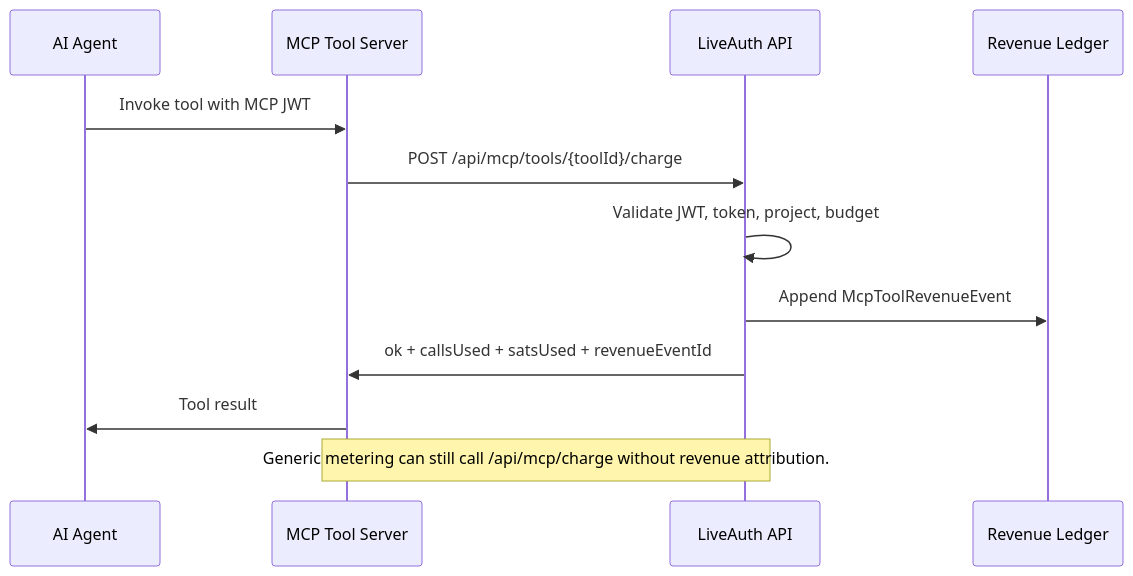
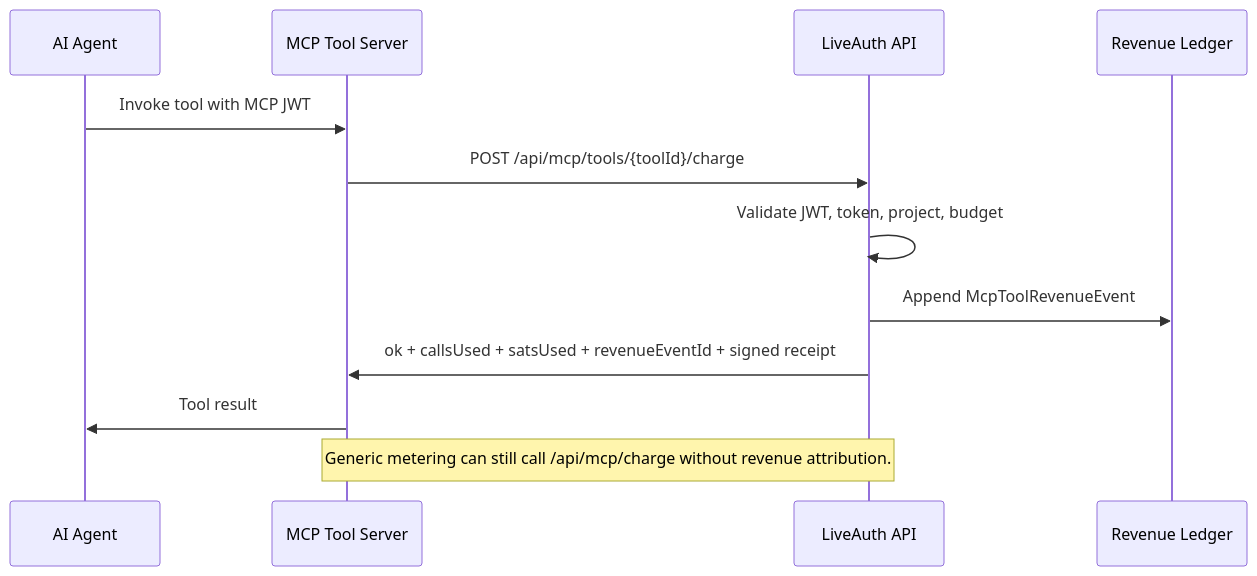
The second of 4 diagrams in docs/diagrams/auth-flows.md (dulzuradev/liveauth-mcp), drawn with Mermaid before and after one commit. The commit also changed 11 other files, not shown here.

Commit message:
Add signed MCP tool charge receipts

````diff
--- a/docs/diagrams/auth-flows.md
+++ b/docs/diagrams/auth-flows.md
@@ -41,16 +41,16 @@
 ```mermaid
 sequenceDiagram
     participant Agent as AI Agent
     participant Tool as MCP Tool Server
     participant API as LiveAuth API
     participant DB as Revenue Ledger
 
     Agent->>Tool: Invoke tool with MCP JWT
     Tool->>API: POST /api/mcp/tools/{toolId}/charge
     API->>API: Validate JWT, token, project, budget
     API->>DB: Append McpToolRevenueEvent
-    API->>Tool: ok + callsUsed + satsUsed + revenueEventId
+    API->>Tool: ok + callsUsed + satsUsed + revenueEventId + signed receipt
     Tool->>Agent: Tool result
     
     Note over Tool,API: Generic metering can still call /api/mcp/charge without revenue attribution.
 ```
````
